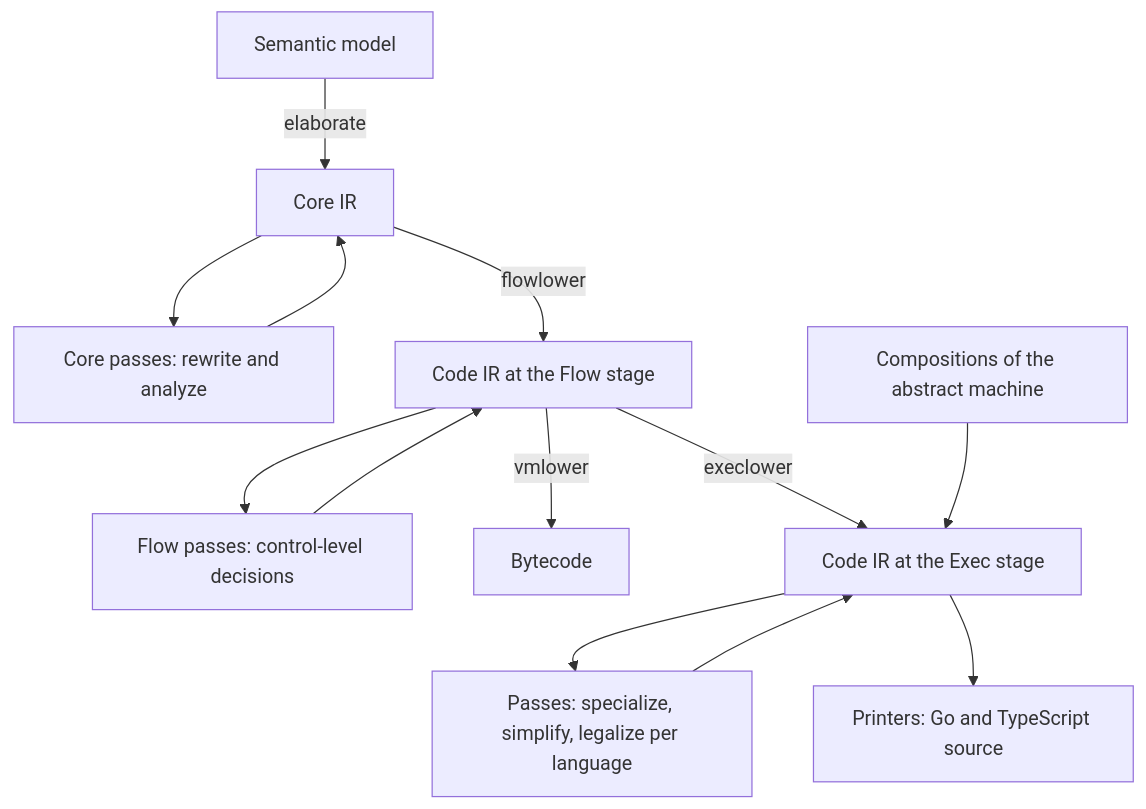
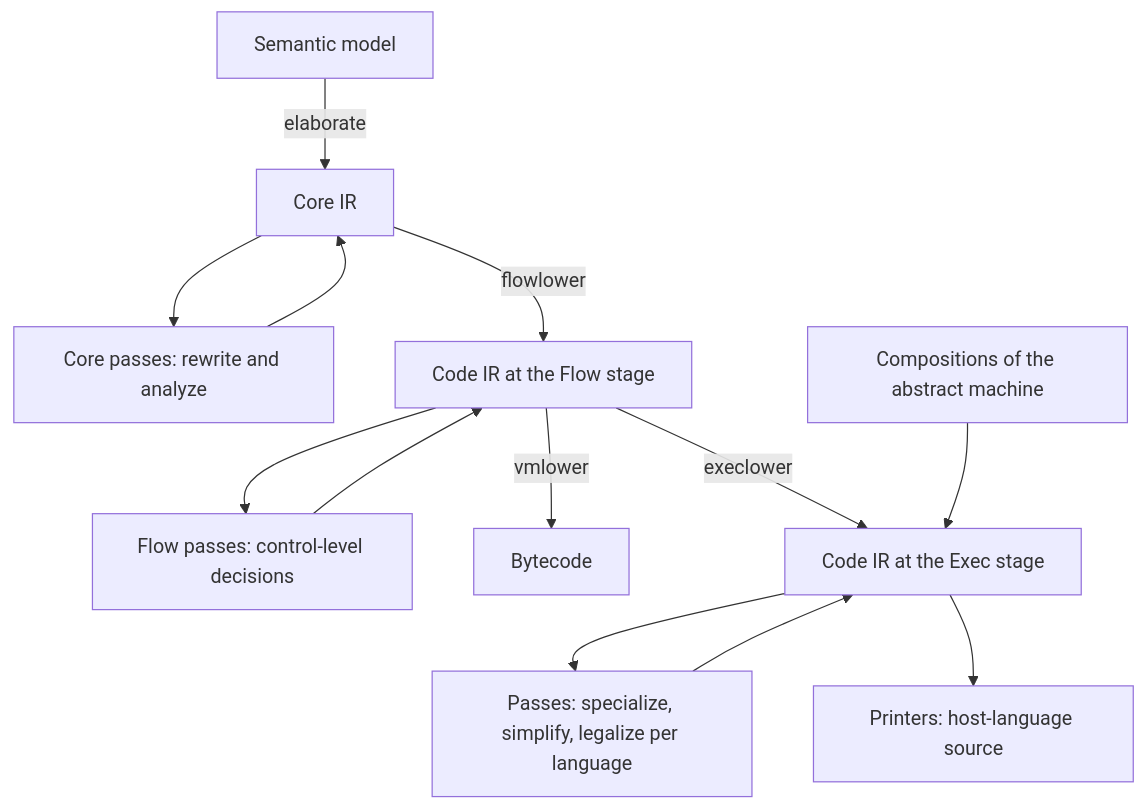
Before and after one commit to syntaxir/syntaxir: the diagram in docs/design/intermediate-representations.md, drawn with Mermaid. The commit also changed other lines of this file and 10 other files, not shown here.

````diff
--- a/docs/design/intermediate-representations.md
+++ b/docs/design/intermediate-representations.md
@@ -25,15 +23,15 @@
 ```mermaid
 flowchart TD
   sem["Semantic model"] -->|elaborate| core["Core IR"]
   core --> p["Core passes: rewrite and analyze"]
   p --> core
   core -->|flowlower| flow["Code IR at the Flow stage"]
   flow --> fp["Flow passes: control-level decisions"]
   fp --> flow
   flow -->|vmlower| bc["Bytecode"]
   flow -->|execlower| exec["Code IR at the Exec stage"]
   comp["Compositions of the abstract machine"] --> exec
   exec --> xp["Passes: specialize, simplify, legalize per language"]
   xp --> exec
-  exec --> out["Printers: Go and TypeScript source"]
+  exec --> out["Printers: host-language source"]
 ```
````
